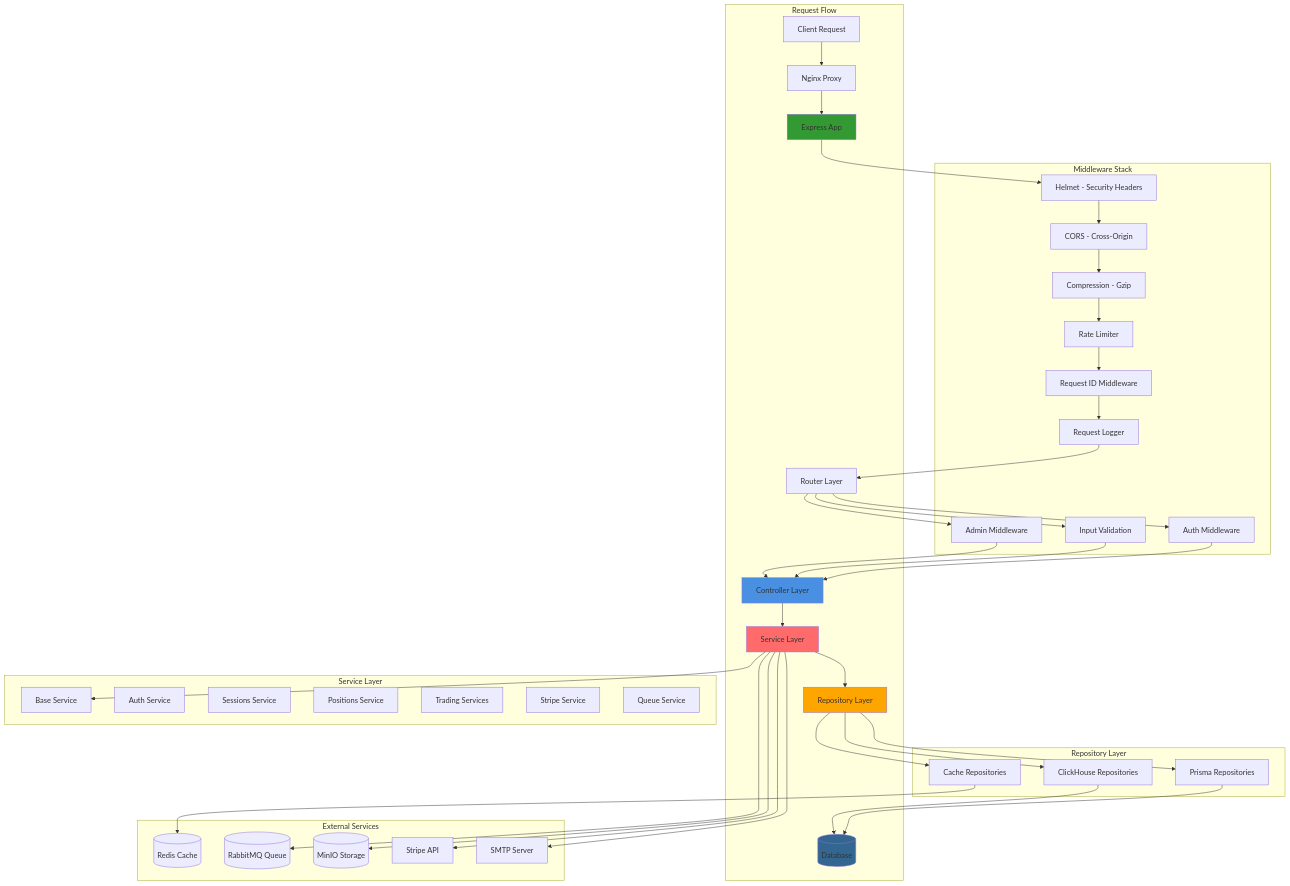
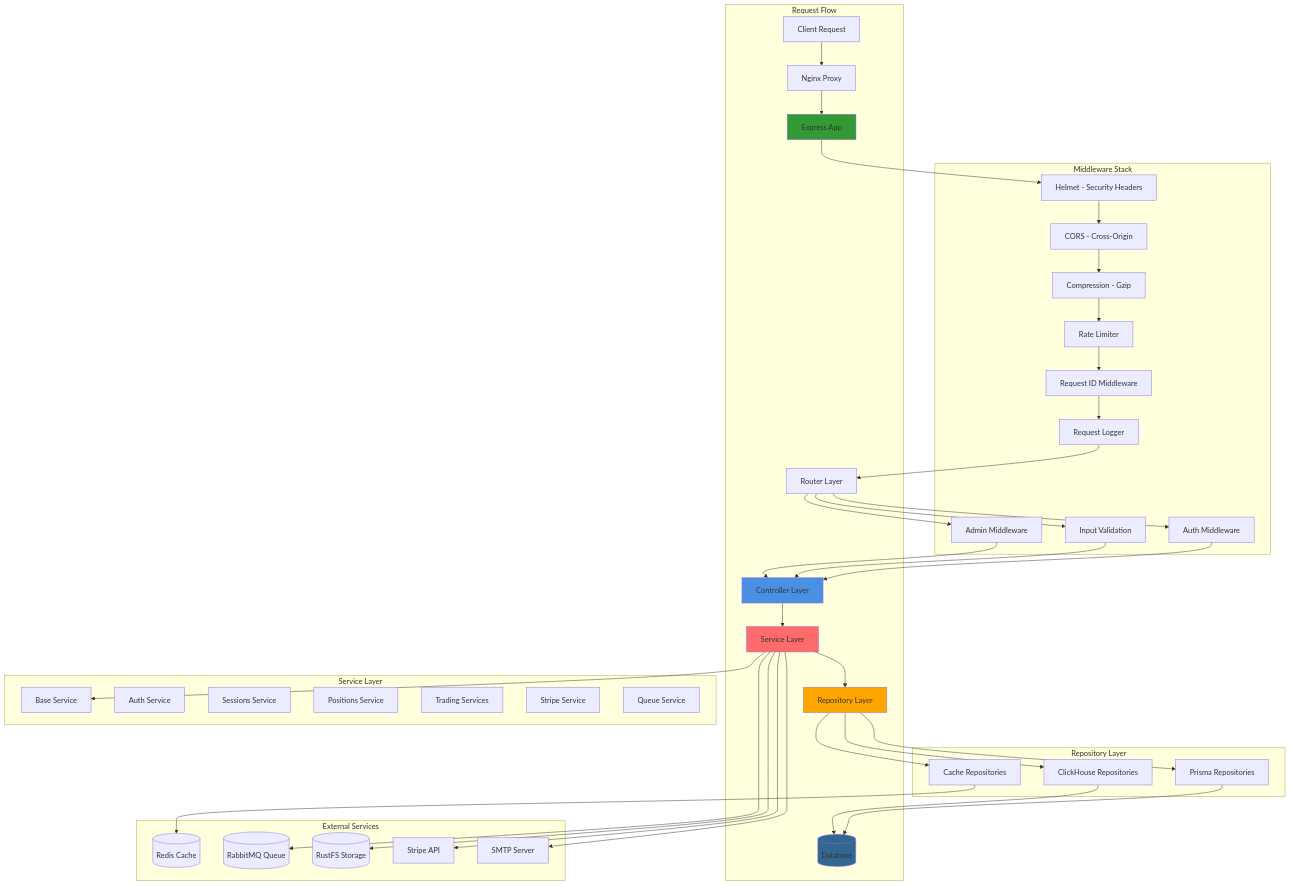
The diagram in documentation/backend-api/architecture-overview.md (DamienReichhart/BackTrade), drawn with Mermaid before and after one commit. The commit also changed 18 other files, not shown here.

```diff
--- a/documentation/backend-api/architecture-overview.md
+++ b/documentation/backend-api/architecture-overview.md
@@ -42,7 +42,7 @@
     subgraph "External Services"
         Redis[(Redis Cache)]
         RabbitMQ[(RabbitMQ Queue)]
-        MinIO[(MinIO Storage)]
+        RustFS[(RustFS Storage)]
         Stripe[Stripe API]
         SMTP[SMTP Server]
     end
@@ -78,7 +78,7 @@
     CacheRepo --> Redis
 
     Service --> RabbitMQ
-    Service --> MinIO
+    Service --> RustFS
     Service --> Stripe
     Service --> SMTP
 
```
